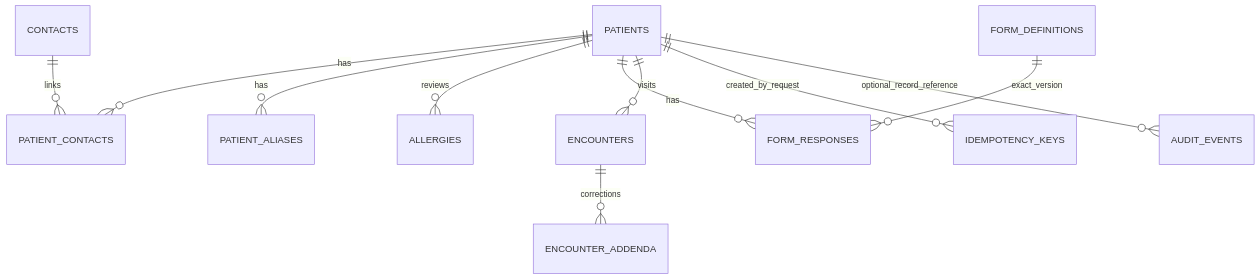
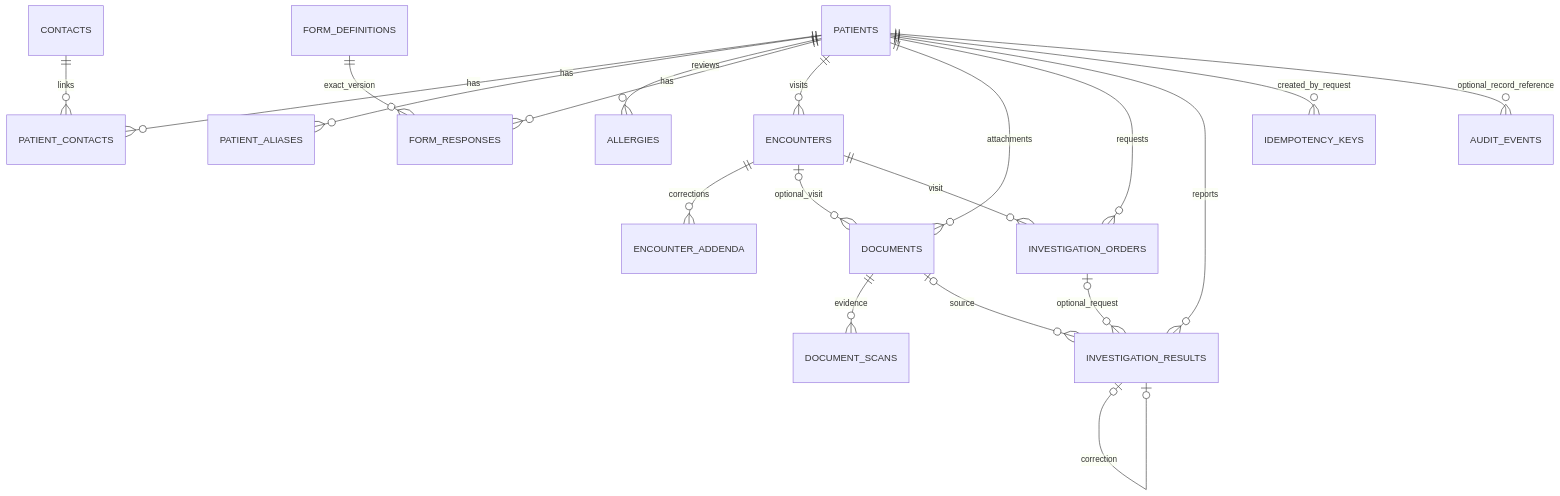
The diagram in docs/data/er-diagram.md (ofasseeh94/ClinicSystem), drawn with Mermaid before and after one commit. The commit also changed 44 other files, not shown here.

Commit message:
Build Unit 03 private attachments and investigation records

````diff
--- a/docs/data/er-diagram.md
+++ b/docs/data/er-diagram.md
@@ -3,13 +3,22 @@
 ```mermaid
 erDiagram
   PATIENTS ||--o{ PATIENT_CONTACTS : has
   CONTACTS ||--o{ PATIENT_CONTACTS : links
   PATIENTS ||--o{ PATIENT_ALIASES : has
   PATIENTS ||--o{ ALLERGIES : reviews
   PATIENTS ||--o{ FORM_RESPONSES : has
   PATIENTS ||--o{ ENCOUNTERS : visits
   ENCOUNTERS ||--o{ ENCOUNTER_ADDENDA : corrections
+  PATIENTS ||--o{ DOCUMENTS : attachments
+  ENCOUNTERS o|--o{ DOCUMENTS : optional_visit
+  DOCUMENTS ||--o{ DOCUMENT_SCANS : evidence
+  PATIENTS ||--o{ INVESTIGATION_ORDERS : requests
+  ENCOUNTERS ||--o{ INVESTIGATION_ORDERS : visit
+  PATIENTS ||--o{ INVESTIGATION_RESULTS : reports
+  INVESTIGATION_ORDERS o|--o{ INVESTIGATION_RESULTS : optional_request
+  DOCUMENTS o|--o{ INVESTIGATION_RESULTS : source
+  INVESTIGATION_RESULTS o|--o| INVESTIGATION_RESULTS : correction
   FORM_DEFINITIONS ||--o{ FORM_RESPONSES : exact_version
   PATIENTS ||--o{ IDEMPOTENCY_KEYS : created_by_request
   PATIENTS ||--o{ AUDIT_EVENTS : optional_record_reference
 ```
````
